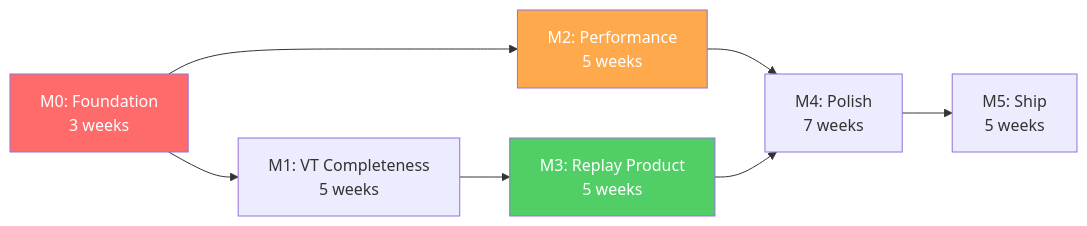
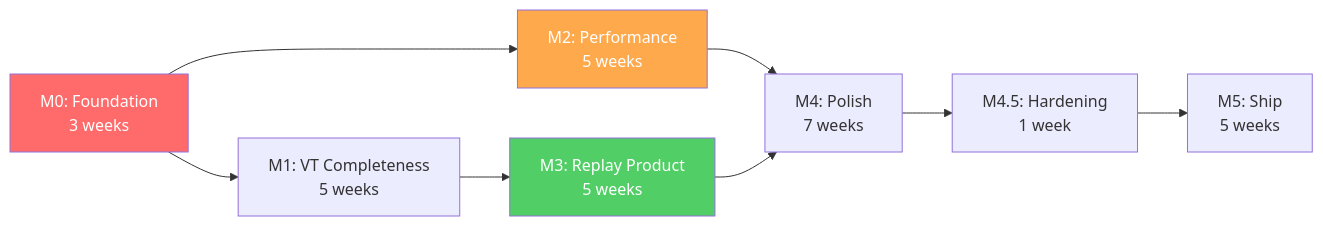
Before and after one commit to benyblack/NovaTerminal: the second of 2 diagrams in documents/PRODUCTION_ROADMAP.md, drawn with Mermaid. The commit also changed other lines of this file and 2 other files, not shown here.

Commit message:
Update reamde and roadmap

````diff
--- a/documents/PRODUCTION_ROADMAP.md
+++ b/documents/PRODUCTION_ROADMAP.md
@@ -444,13 +497,14 @@
 ```mermaid
 graph LR
     M0["M0: Foundation<br>3 weeks"] --> M1["M1: VT Completeness<br>5 weeks"]
     M0 --> M2["M2: Performance<br>5 weeks"]
     M1 --> M3["M3: Replay Product<br>5 weeks"]
     M2 --> M4["M4: Polish<br>7 weeks"]
     M3 --> M4
-    M4 --> M5["M5: Ship<br>5 weeks"]
+    M4 --> M45["M4.5: Hardening<br>1 week"]
+    M45 --> M5["M5: Ship<br>5 weeks"]
 
     style M0 fill:#ff6b6b,color:#fff
     style M2 fill:#ffa94d,color:#fff
     style M3 fill:#51cf66,color:#fff
 ```
````
